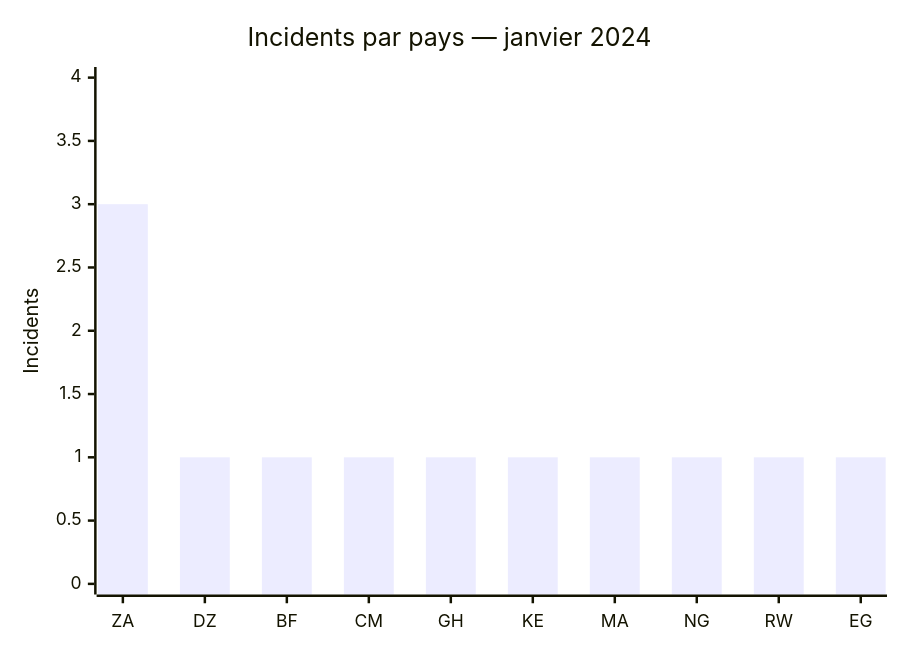
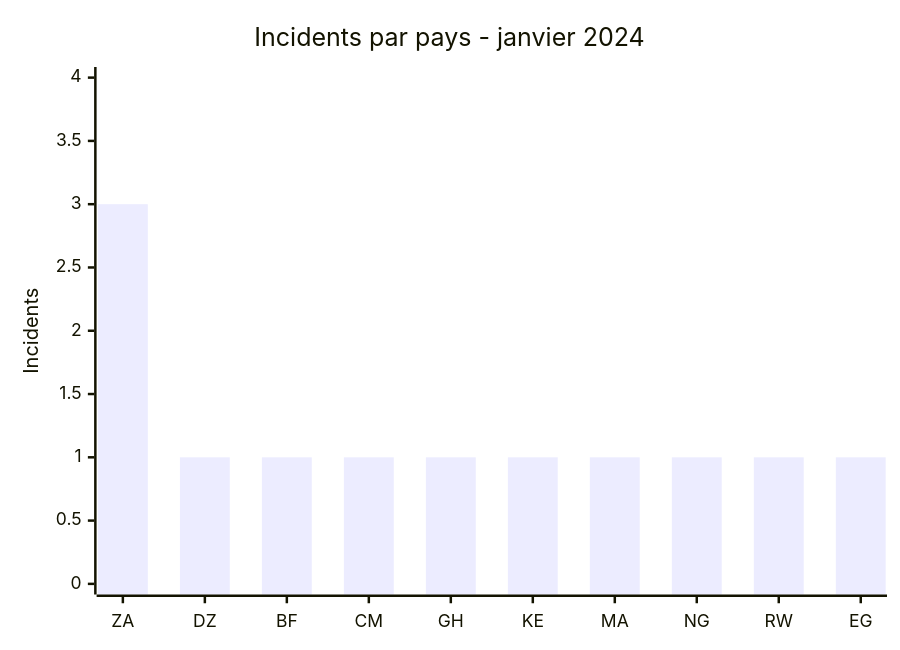
The first of 2 diagrams in CyberAttackAfrica/2024/01-january/README_FR.md (Hatchepsoute/AFRINTEL), drawn with Mermaid before and after one commit. The commit also changed other lines of this file and 182 other files, not shown here.

````diff
--- a/CyberAttackAfrica/2024/01-january/README_FR.md
+++ b/CyberAttackAfrica/2024/01-january/README_FR.md
@@ -51,7 +51,7 @@
 ```mermaid
 xychart
-    title "Incidents par pays — janvier 2024"
+    title "Incidents par pays - janvier 2024"
     x-axis ["ZA","DZ","BF","CM","GH","KE","MA","NG","RW","EG"]
     y-axis "Incidents" 0 --> 4
     bar [3,1,1,1,1,1,1,1,1,1]
 ```
````
